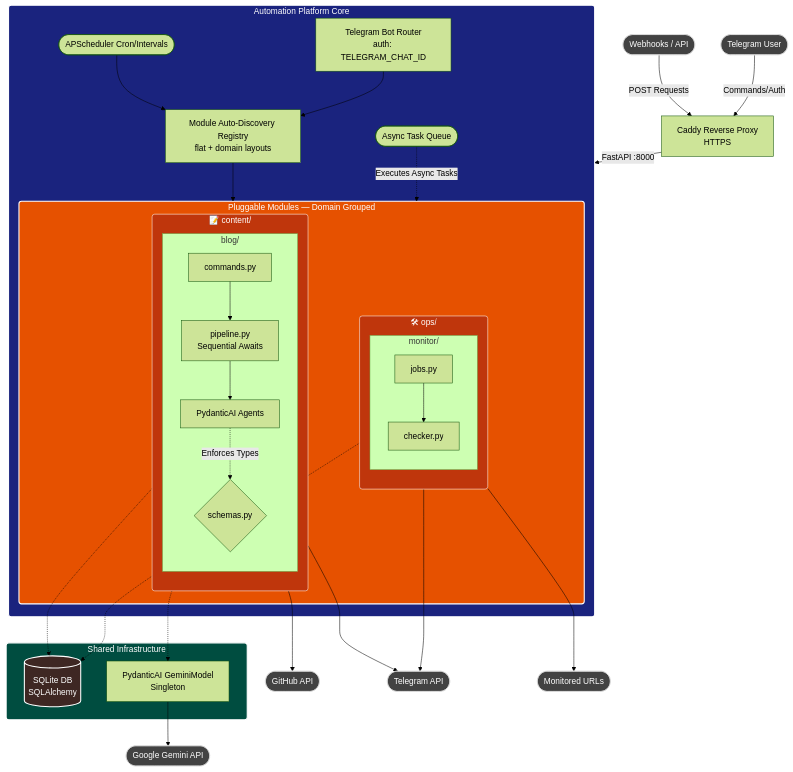
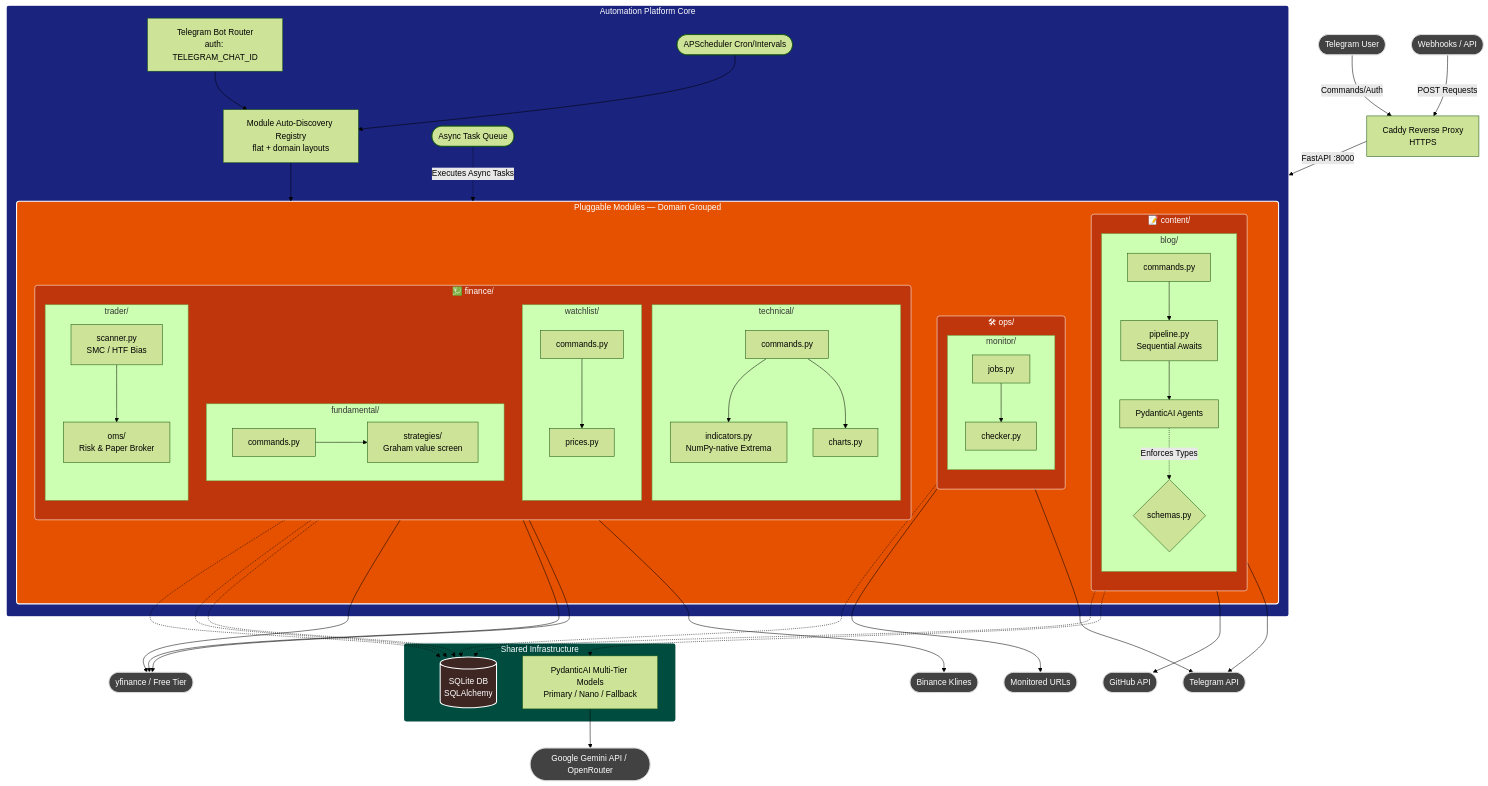
One commit to bash07/basheer.net changed the diagram in automation/ARCHITECTURE.md. Above: the diagram before and after it, drawn with Mermaid (forest theme). The commit also changed other lines of this file and 11 other files, not shown here.

Commit message:
docs: add comprehensive system architecture, developer guides, and project documentation for automation server

````diff
--- a/automation/ARCHITECTURE.md
+++ b/automation/ARCHITECTURE.md
@@ -56,14 +56,31 @@
             end
         end
 
+        subgraph FinanceDomain [💹 finance/]
+            direction TB
+            subgraph WatchlistSub [watchlist/]
+                WCmds[commands.py] --> WPrices[prices.py]
+            end
+            subgraph TechnicalSub [technical/]
+                TCmds[commands.py] --> TInd[indicators.py\nNumPy-native Extrema]
+                TCmds --> TCharts[charts.py]
+            end
+            subgraph FundamentalSub [fundamental/]
+                FCmds[commands.py] --> FStrat[strategies/\nGraham value screen]
+            end
+            subgraph TraderSub [trader/]
+                TrScan[scanner.py\nSMC / HTF Bias] --> TrOMS[oms/\nRisk & Paper Broker]
+            end
+        end
+
     end
     class DomainModules mod
-    class ContentDomain,OpsDomain domain
+    class ContentDomain,OpsDomain,FinanceDomain domain
 
     %% Infrastructure & APIs
     subgraph Context [Shared Infrastructure]
         DB[(SQLite DB\nSQLAlchemy)]
-        LLM[PydanticAI GeminiModel\nSingleton]
+        LLM[PydanticAI Multi-Tier Models\nPrimary / Nano / Fallback]
     end
     class Context core
     class DB storage
@@ -71,14 +88,20 @@
     %% Module to DB/LLM connection
     BlogPipeline -.-> DB
     Checker -.-> DB
+    WPrices -.-> DB
+    TInd -.-> DB
+    TrOMS -.-> DB
     Agents -.-> LLM
     
     %% External API connections
-    LLM --> Google([Google Gemini API])
+    LLM --> Google([Google Gemini API / OpenRouter])
     BlogPipeline --> GH([GitHub API])
     BlogPipeline --> TG([Telegram API])
     Checker --> Target([Monitored URLs])
     Checker --> TG
+    WPrices --> YF([yfinance / Free Tier])
+    TCharts --> YF
+    TrScan --> YF & Binance([Binance Klines])
 
-    class User,Trigger,Google,GH,TG,Target ext
+    class User,Trigger,Google,GH,TG,Target,YF,Binance ext
 ```
````
